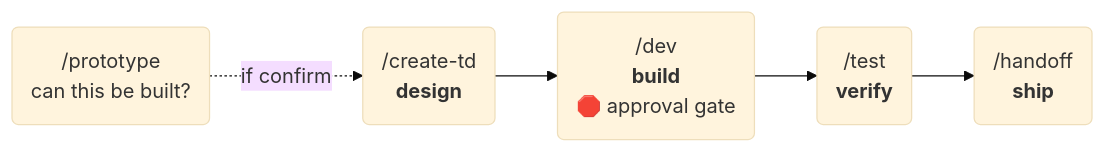
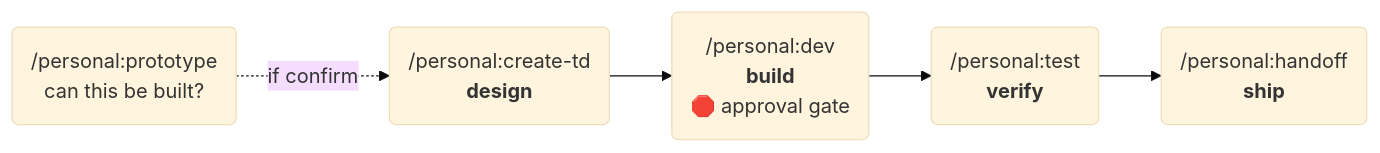
Before and after one commit to TheRealMentor/skills: the diagram in README.md, drawn with Mermaid (base theme). The commit also changed other lines of this file and 2 other files, not shown here.

````diff
--- a/README.md
+++ b/README.md
@@ -17,7 +17,7 @@
 ```mermaid
 flowchart LR
-    P("/prototype<br/>can this be built?") -. "if confirm" .-> TD
-    TD("/create-td<br/><b>design</b>") --> DEV("/dev<br/><b>build</b><br/>🛑 approval gate")
-    DEV --> TEST("/test<br/><b>verify</b>")
-    TEST --> HO("/handoff<br/><b>ship</b>")
+    P("/personal:prototype<br/>can this be built?") -. "if confirm" .-> TD
+    TD("/personal:create-td<br/><b>design</b>") --> DEV("/personal:dev<br/><b>build</b><br/>🛑 approval gate")
+    DEV --> TEST("/personal:test<br/><b>verify</b>")
+    TEST --> HO("/personal:handoff<br/><b>ship</b>")
 ```
````
